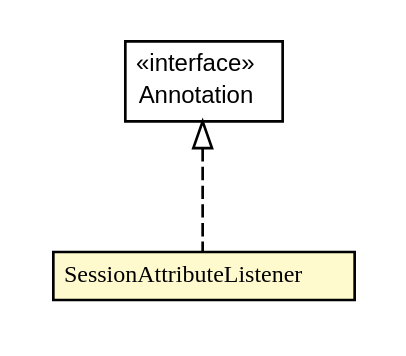
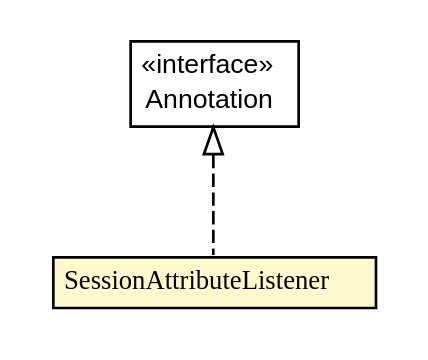
Before and after one commit to GServlet/gservlet-site: the diagram in static/javadocs/1.0.0/org/gservlet/annotation/SessionAttributeListener.dot, drawn with Graphviz. The commit also changed 168 other files, not shown here.

```diff
--- a/static/javadocs/1.0.0/org/gservlet/annotation/SessionAttributeListener.dot
+++ b/static/javadocs/1.0.0/org/gservlet/annotation/SessionAttributeListener.dot
@@ -1,27 +1,27 @@
 #!/usr/local/bin/dot
 #
 # Class diagram 
 # Generated by UMLGraph version R5_6-24-gf6e263 (http://www.umlgraph.org/)
 #
 
 digraph G {
 	edge [fontname="arial",fontsize=10,labelfontname="arial",labelfontsize=10];
 	node [fontname="arial",fontsize=10,shape=plaintext];
 	nodesep=0.25;
 	ranksep=0.5;
 	// org.gservlet.annotation.SessionAttributeListener
-	c1484 [label=<<table title="org.gservlet.annotation.SessionAttributeListener" border="0" cellborder="1" cellspacing="0" cellpadding="2" port="p" bgcolor="lemonChiffon" href="./SessionAttributeListener.html">
+	c1474 [label=<<table title="org.gservlet.annotation.SessionAttributeListener" border="0" cellborder="1" cellspacing="0" cellpadding="2" port="p" bgcolor="lemonChiffon" href="./SessionAttributeListener.html">
 		<tr><td><table border="0" cellspacing="0" cellpadding="1">
 <tr><td align="center" balign="center"><font face="arial italic"> SessionAttributeListener </font></td></tr>
 		</table></td></tr>
-		</table>>, URL="./SessionAttributeListener.html", fontname="arial", fontcolor="black", fontsize=9.0];
+		</table>>, URL="./SessionAttributeListener.html", fontname="arial", fontcolor="black", fontsize=10.0];
 	//org.gservlet.annotation.SessionAttributeListener implements java.lang.annotation.Annotation
-	c1493:p -> c1484:p [dir=back,arrowtail=empty,style=dashed];
+	c1493:p -> c1474:p [dir=back,arrowtail=empty,style=dashed];
 	// java.lang.annotation.Annotation
 	c1493 [label=<<table title="java.lang.annotation.Annotation" border="0" cellborder="1" cellspacing="0" cellpadding="2" port="p" href="http://java.sun.com/j2se/1.4.2/docs/api/java/lang/annotation/Annotation.html">
 		<tr><td><table border="0" cellspacing="0" cellpadding="1">
 <tr><td align="center" balign="center"> &#171;interface&#187; </td></tr>
 <tr><td align="center" balign="center"> Annotation </td></tr>
 		</table></td></tr>
-		</table>>, URL="http://java.sun.com/j2se/1.4.2/docs/api/java/lang/annotation/Annotation.html", fontname="arial", fontcolor="black", fontsize=9.0];
+		</table>>, URL="http://java.sun.com/j2se/1.4.2/docs/api/java/lang/annotation/Annotation.html", fontname="arial", fontcolor="black", fontsize=10.0];
 }
```
